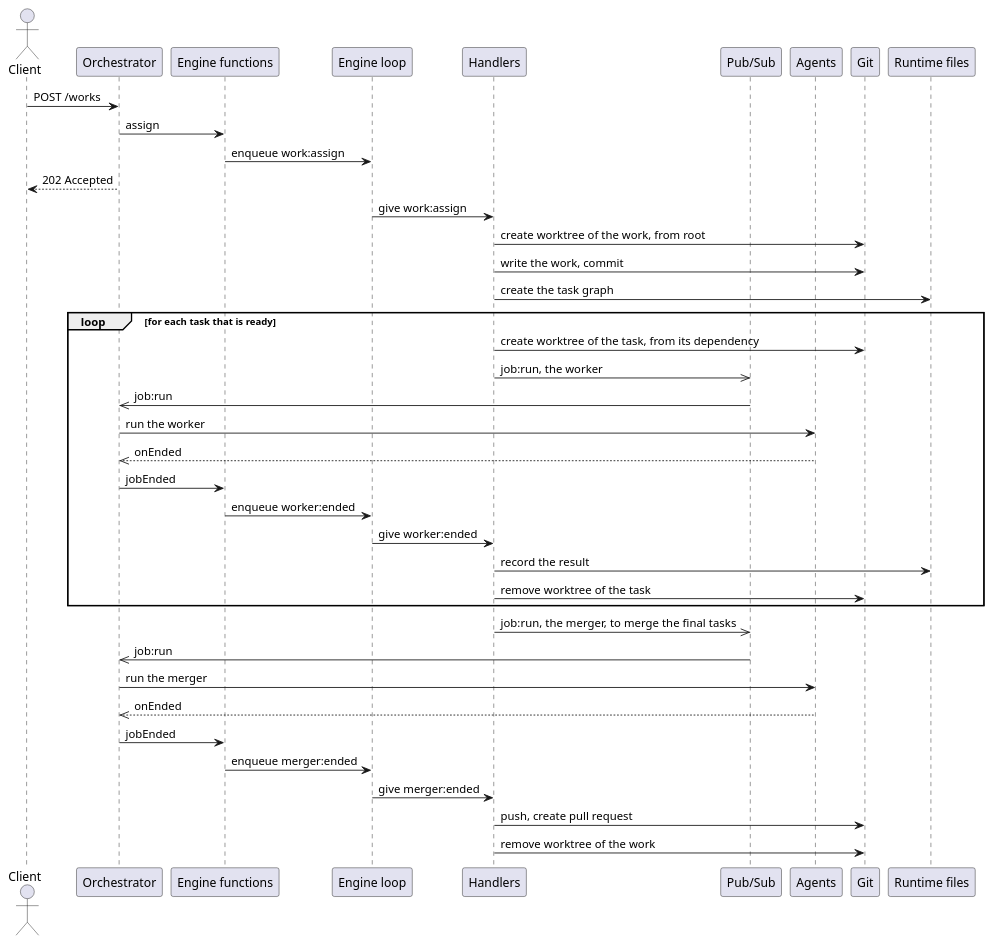
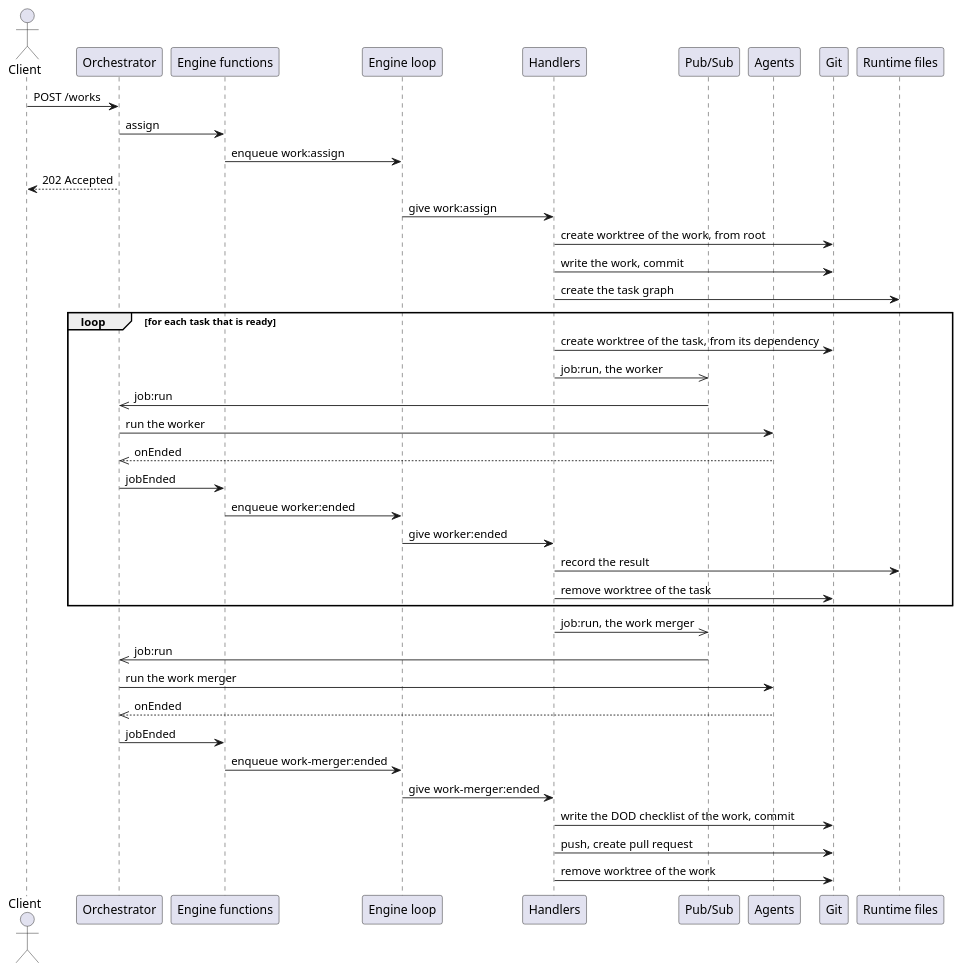
The first of 4 diagrams in docs/06_runtime/action-flow.md (longlh/superteam), drawn with PlantUML before and after one commit. The commit also changed other lines of this file and 22 other files, not shown here.

````diff
--- a/docs/06_runtime/action-flow.md
+++ b/docs/06_runtime/action-flow.md
@@ -63,43 +66,44 @@
 ```plantuml
 @startuml
 actor Client
 participant "Orchestrator" as Orch
 participant "Engine functions" as Fn
 participant "Engine loop" as EL
 participant "Handlers" as Handler
 participant "Pub/Sub" as PS
 participant "Agents" as Agents
 participant Git
 participant "Runtime files" as Runtime
 
 Client -> Orch : POST /works
 Orch -> Fn : assign
 Fn -> EL : enqueue work:assign
 Orch --> Client : 202 Accepted
 EL -> Handler : give work:assign
 Handler -> Git : create worktree of the work, from root
 Handler -> Git : write the work, commit
 Handler -> Runtime : create the task graph
 loop for each task that is ready
   Handler -> Git : create worktree of the task, from its dependency
   Handler ->> PS : job:run, the worker
   PS ->> Orch : job:run
   Orch -> Agents : run the worker
   Agents -->> Orch : onEnded
   Orch -> Fn : jobEnded
   Fn -> EL : enqueue worker:ended
   EL -> Handler : give worker:ended
   Handler -> Runtime : record the result
   Handler -> Git : remove worktree of the task
 end
-Handler ->> PS : job:run, the merger, to merge the final tasks
+Handler ->> PS : job:run, the work merger
 PS ->> Orch : job:run
-Orch -> Agents : run the merger
+Orch -> Agents : run the work merger
 Agents -->> Orch : onEnded
 Orch -> Fn : jobEnded
-Fn -> EL : enqueue merger:ended
-EL -> Handler : give merger:ended
+Fn -> EL : enqueue work-merger:ended
+EL -> Handler : give work-merger:ended
+Handler -> Git : write the DOD checklist of the work, commit
 Handler -> Git : push, create pull request
 Handler -> Git : remove worktree of the work
 @enduml
 ```
````
